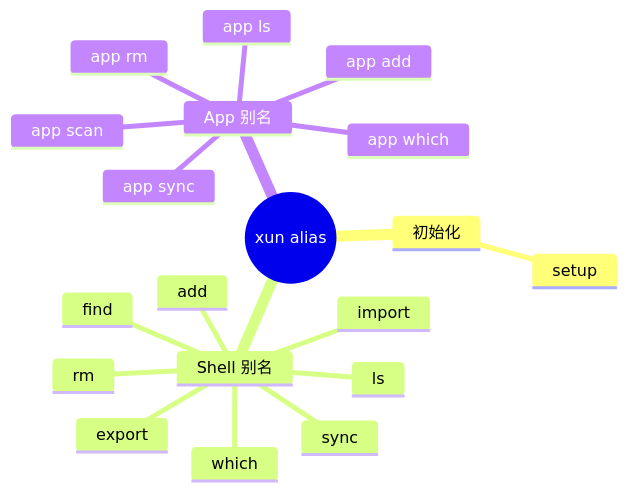
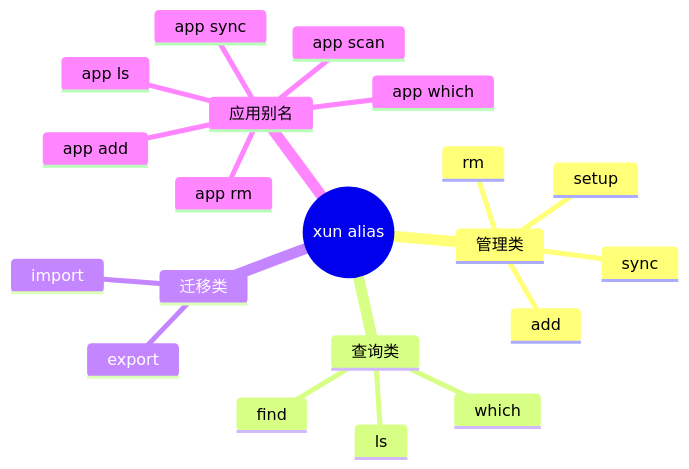
One commit to jinghu-moon/XunYu changed the first of 5 diagrams in docs/module/02-alias.md. Above: the diagram before and after it, drawn with Mermaid. The commit also changed other lines of this file and 6 other files, not shown here.

````diff
--- a/docs/module/02-alias.md
+++ b/docs/module/02-alias.md
@@ -53,22 +104,23 @@
 ```mermaid
 mindmap
   root((xun alias))
-    初始化
+    管理类
       setup
-    Shell 别名
       add
       rm
+      sync
+    查询类
       ls
       find
       which
-      sync
+    迁移类
       export
       import
-    App 别名
+    应用别名
       app add
       app rm
       app ls
       app scan
+      app which
       app sync
-      app which
 ```
````
